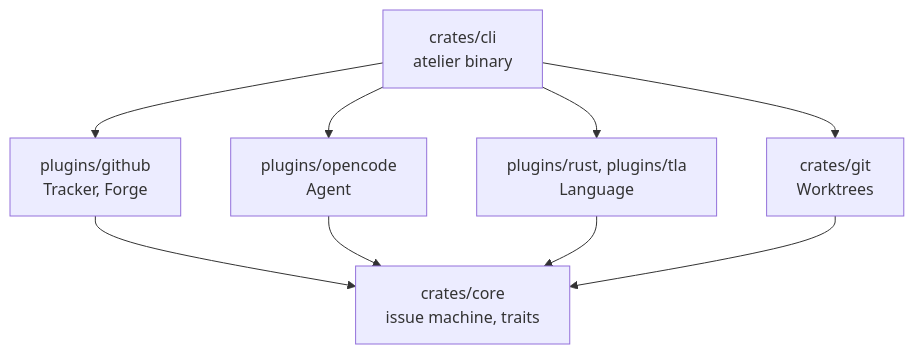
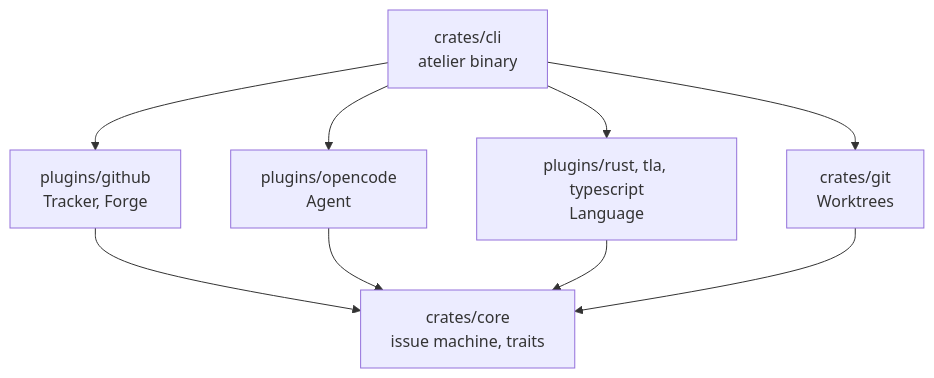
Before and after one commit to StevenJPx2/atelier: the second of 4 diagrams in README.md, drawn with Mermaid. The commit also changed other lines of this file, not shown here.

Commit message:
docs: allow several trackers per project, and add the typescript plugin

````diff
--- a/README.md
+++ b/README.md
@@ -51,11 +51,11 @@
 ```mermaid
 flowchart TB
     CLI["crates/cli<br/>atelier binary"] --> GitHub["plugins/github<br/>Tracker, Forge"]
     CLI --> OpenCode["plugins/opencode<br/>Agent"]
-    CLI --> Langs["plugins/rust, plugins/tla<br/>Language"]
+    CLI --> Langs["plugins/rust, tla, typescript<br/>Language"]
     CLI --> Git["crates/git<br/>Worktrees"]
     GitHub --> Core["crates/core<br/>issue machine, traits"]
     OpenCode --> Core
     Langs --> Core
     Git --> Core
 ```
````
